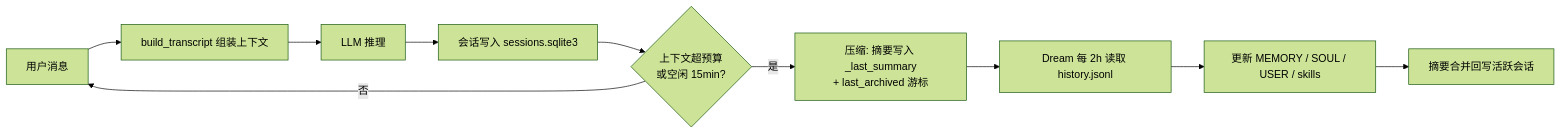
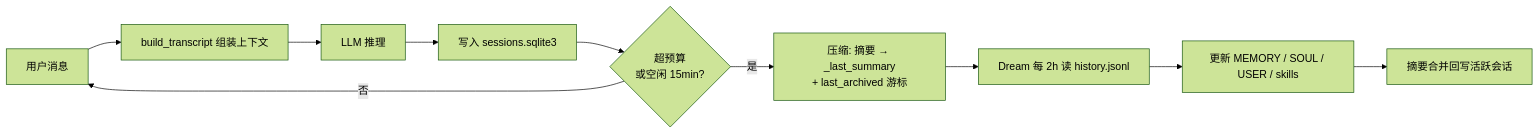
One commit to yorkhellen/yorkhellen.github.io changed the diagram in _posts/2026-11-05-nanobot-context.md. Above: the diagram before and after it, drawn with Mermaid (forest theme). The commit also changed other lines of this file and 2 other files, not shown here.

````diff
--- a/_posts/2026-11-05-nanobot-context.md
+++ b/_posts/2026-11-05-nanobot-context.md
@@ -19,12 +24,12 @@
 ```mermaid
 graph LR
     A[用户消息] --> B[build_transcript 组装上下文]
     B --> C[LLM 推理]
-    C --> D[会话写入 sessions.sqlite3]
-    D --> E{上下文超预算<br/>或空闲 15min?}
-    E -- 是 --> F[压缩: 摘要写入 _last_summary<br/>+ last_archived 游标]
+    C --> D[写入 sessions.sqlite3]
+    D --> E{超预算<br/>或空闲 15min?}
+    E -- 是 --> F[压缩: 摘要 → _last_summary<br/>+ last_archived 游标]
     E -- 否 --> A
-    F --> G[Dream 每 2h 读取 history.jsonl]
+    F --> G[Dream 每 2h 读 history.jsonl]
     G --> H[更新 MEMORY / SOUL / USER / skills]
     H --> I[摘要合并回写活跃会话]
 ```
````
